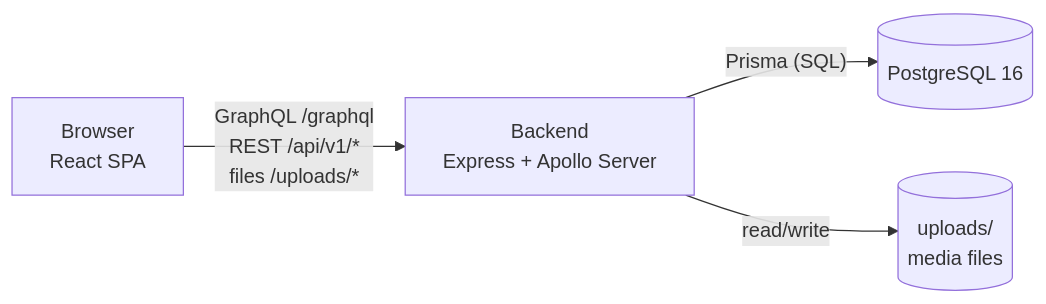
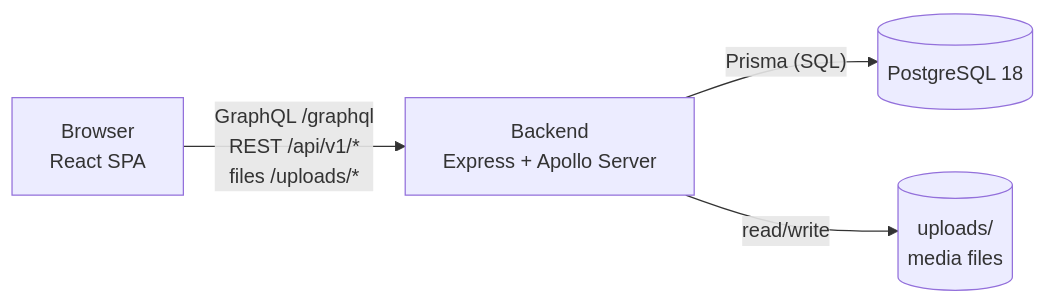
The first of 2 diagrams in documentation/architecture.md (Orodion/Cognatio), drawn with Mermaid before and after one commit. The commit also changed other lines of this file and 432 other files, not shown here.

````diff
--- a/documentation/architecture.md
+++ b/documentation/architecture.md
@@ -5,6 +5,6 @@
 ```mermaid
 flowchart LR
   Browser["Browser<br/>React SPA"] -- "GraphQL /graphql<br/>REST /api/v1/*<br/>files /uploads/*" --> API["Backend<br/>Express + Apollo Server"]
-  API -- "Prisma (SQL)" --> DB[(PostgreSQL 16)]
+  API -- "Prisma (SQL)" --> DB[(PostgreSQL 18)]
   API -- "read/write" --> FS[("uploads/<br/>media files")]
 ```
````
